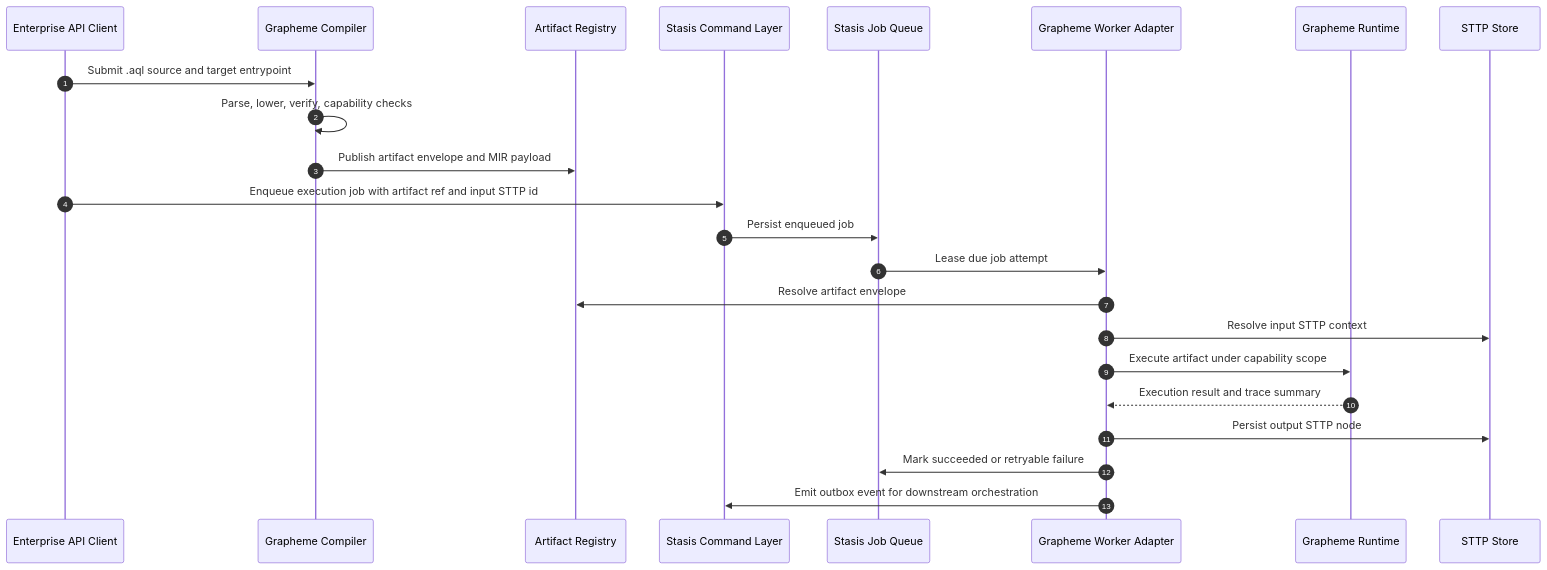
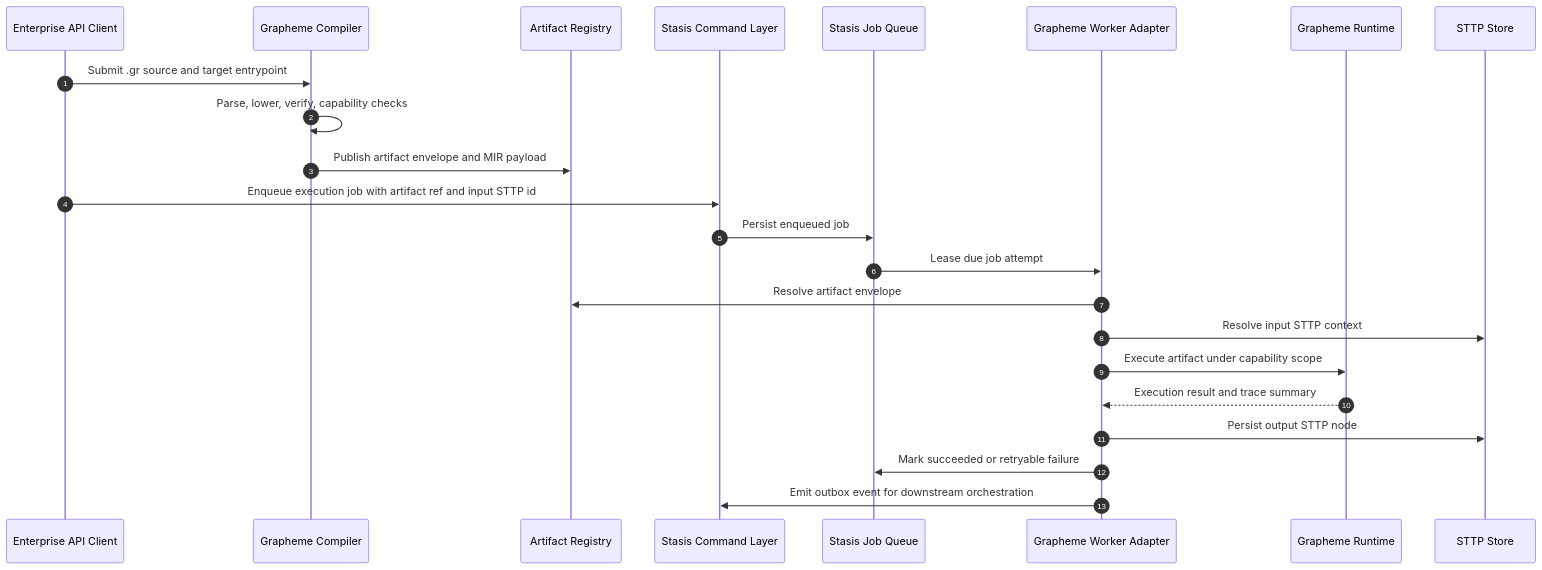
Before and after one commit to EntasisLabs/grapheme: the diagram in docs/enterprise/diagrams/execution-sequence.mmd, drawn with Mermaid. The commit also changed 85 other files, not shown here.

```diff
--- a/docs/enterprise/diagrams/execution-sequence.mmd
+++ b/docs/enterprise/diagrams/execution-sequence.mmd
@@ -1,24 +1,24 @@
 sequenceDiagram
   autonumber
   participant Client as Enterprise API Client
   participant Compiler as Grapheme Compiler
   participant Store as Artifact Registry
   participant Stasis as Stasis Command Layer
   participant Queue as Stasis Job Queue
   participant Worker as Grapheme Worker Adapter
   participant Runtime as Grapheme Runtime
   participant Locus as STTP Store
 
-  Client->>Compiler: Submit .aql source and target entrypoint
+  Client->>Compiler: Submit .gr source and target entrypoint
   Compiler->>Compiler: Parse, lower, verify, capability checks
   Compiler->>Store: Publish artifact envelope and MIR payload
   Client->>Stasis: Enqueue execution job with artifact ref and input STTP id
   Stasis->>Queue: Persist enqueued job
   Queue->>Worker: Lease due job attempt
   Worker->>Store: Resolve artifact envelope
   Worker->>Locus: Resolve input STTP context
   Worker->>Runtime: Execute artifact under capability scope
   Runtime-->>Worker: Execution result and trace summary
   Worker->>Locus: Persist output STTP node
   Worker->>Queue: Mark succeeded or retryable failure
   Worker->>Stasis: Emit outbox event for downstream orchestration
```
